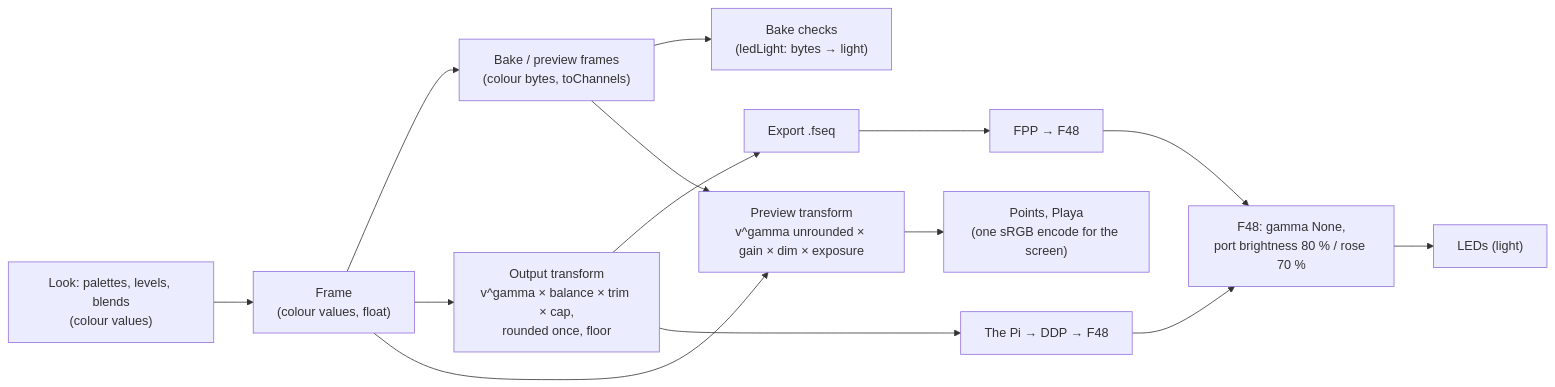
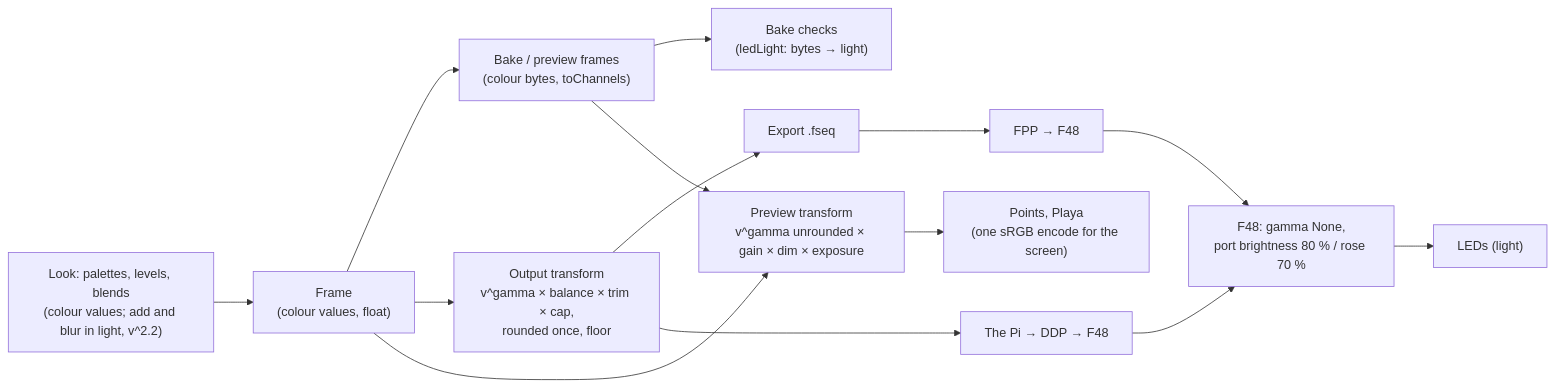
Before and after one commit to big-weary-dog/folly-studio: the diagram in docs/LIGHT.md, drawn with Mermaid. The commit also changed other lines of this file and 13 other files, not shown here.

````diff
--- a/docs/LIGHT.md
+++ b/docs/LIGHT.md
@@ -18,15 +41,15 @@
 ```mermaid
 flowchart LR
-  L["Look: palettes, levels, blends<br/>(colour values)"] --> F["Frame<br/>(colour values, float)"]
+  L["Look: palettes, levels, blends<br/>(colour values; add and blur in light, v^2.2)"] --> F["Frame<br/>(colour values, float)"]
   F --> B["Bake / preview frames<br/>(colour bytes, toChannels)"]
   F --> T["Output transform<br/>v^gamma × balance × trim × cap,<br/>rounded once, floor"]
   B --> C["Bake checks<br/>(ledLight: bytes → light)"]
   T --> E["Export .fseq"]
   T --> P["The Pi → DDP → F48"]
   P --> X["F48: gamma None,<br/>port brightness 80 % / rose 70 %"]
   X --> LED["LEDs (light)"]
   E --> FPP["FPP → F48"] --> X
   F --> V["Preview transform<br/>v^gamma unrounded × gain × dim × exposure"]
   B --> V
   V --> S["Points, Playa<br/>(one sRGB encode for the screen)"]
 ```
````
